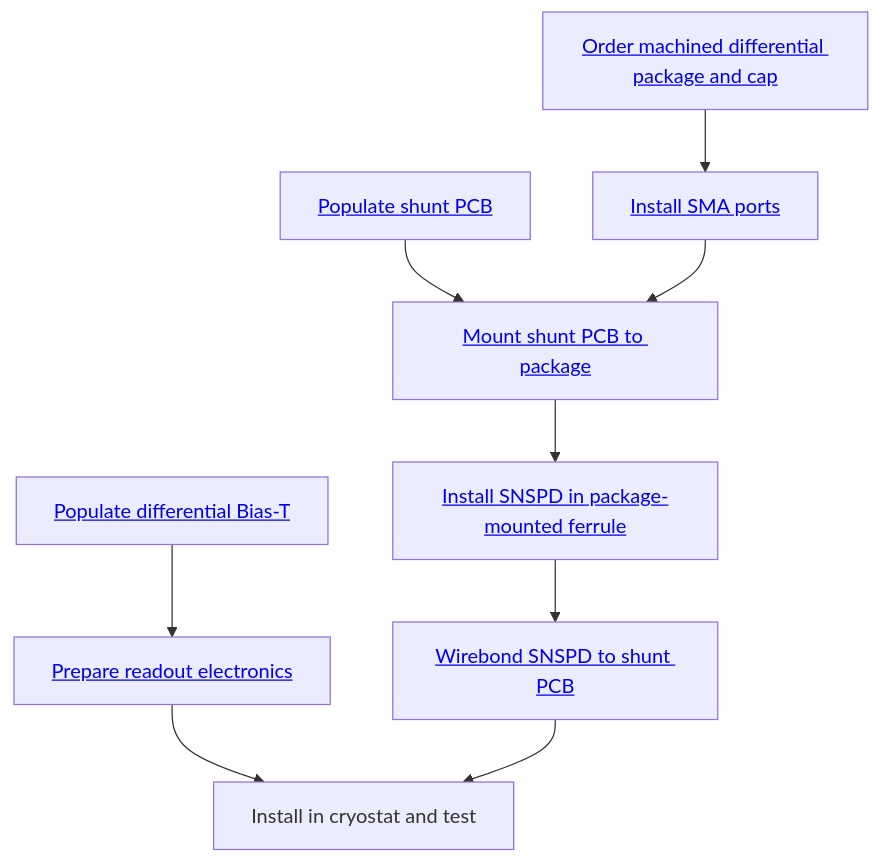
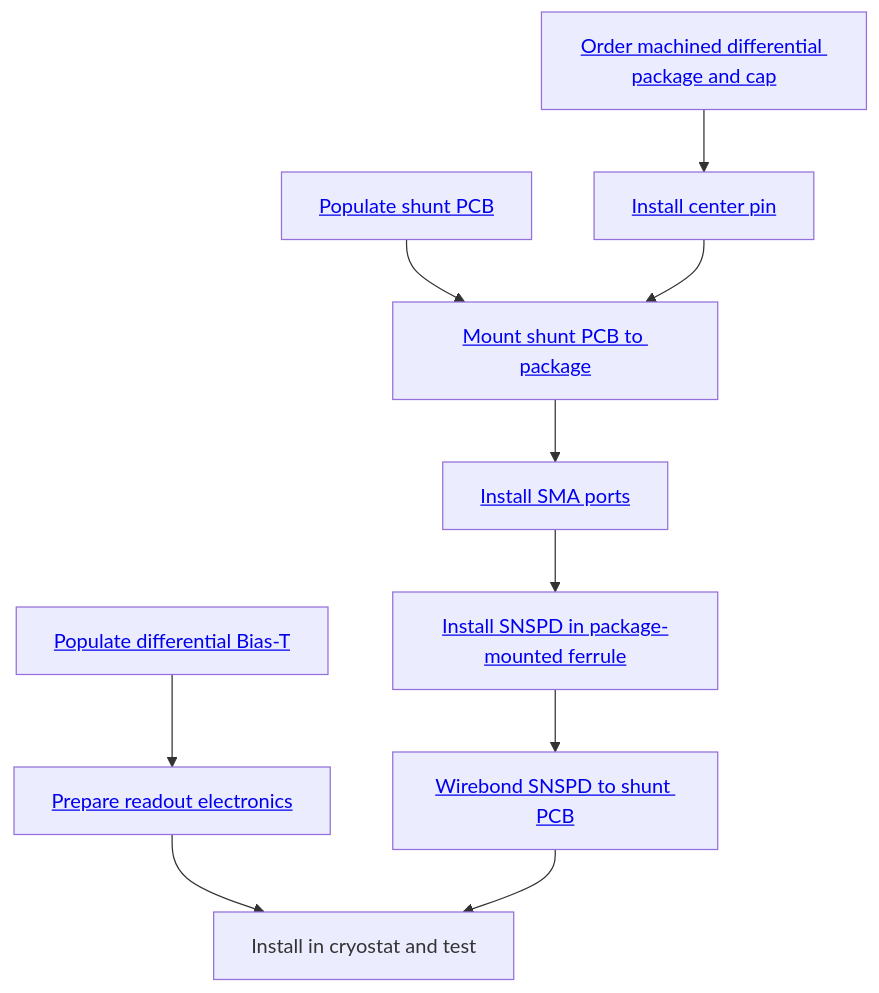
Before and after one commit to sansseriff/nbn_diff: the diagram in docs/index.md, drawn with Mermaid. The commit also changed 4 other files, not shown here.

````diff
--- a/docs/index.md
+++ b/docs/index.md
@@ -11,11 +11,12 @@
 ```mermaid
 graph TD
     G[<a href='./packaging/#shunt-PCB'>Populate shunt PCB</a>] --> B
     EE[<a href='./readout/#apply-solder-mask'>Populate differential Bias-T</a>] --> E[<a href='./readout/#readout'>Prepare readout electronics</a>]
     E --> F[Install in cryostat and test]
-    AA[<a href='./mechanics/#detector-packages-with-sapphire-rods'>Order machined differential package and cap</a>] -->A[<a href='./mechanics/#install-sma-ports'>Install SMA ports</a>]
-    A --> B[<a href='./packaging/#install-shunt-pcb'>Mount shunt PCB to package</a>]
-    B --> C[<a href='./packaging/#packaging'>Install SNSPD in package-mounted ferrule</a>]
+    AA[<a href='./mechanics/#detector-packages-with-sapphire-rods'>Order machined differential package and cap</a>] --> Q[<a href='./mechanics/#installing-center-pin'>Install center pin</a>]
+    Q --> B[<a href='./packaging/#install-shunt-pcb'>Mount shunt PCB to package</a>]
+    B --> BB[<a href='./mechanics/#install-sma-ports'>Install SMA ports</a>]
+    BB --> C[<a href='./packaging/#packaging'>Install SNSPD in package-mounted ferrule</a>]
     C --> D[<a href='./packaging/#wire-bonding'>Wirebond SNSPD to shunt PCB</a>]
     D --> F
 ```
````
